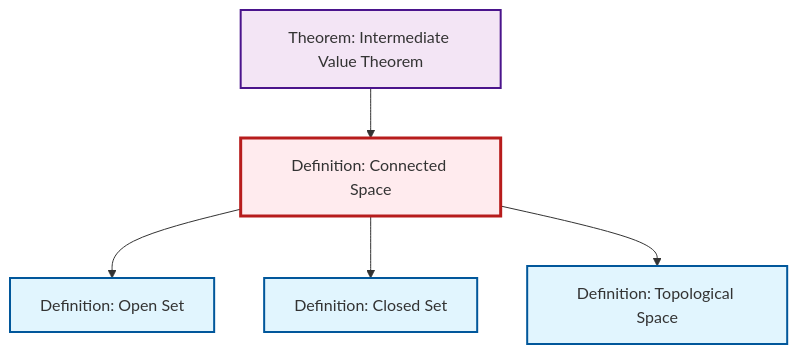
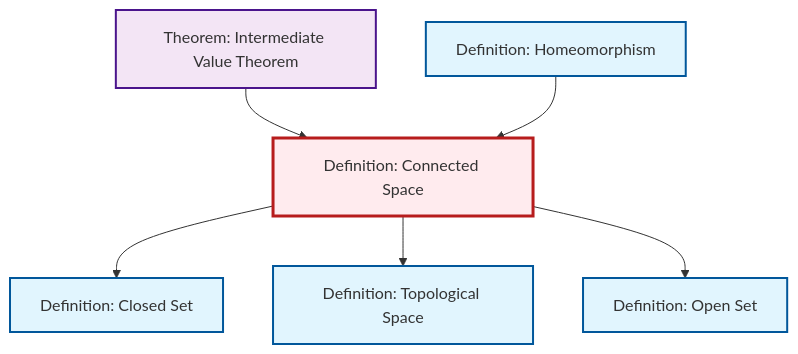
Before and after one commit to RK0429/ModernMath: the diagram in content/ja/topology/def-connected.qmd, drawn with Mermaid. The commit also changed 474 other files, not shown here.

````diff
--- a/content/ja/topology/def-connected.qmd
+++ b/content/ja/topology/def-connected.qmd
@@ -50,23 +50,26 @@
 ```{mermaid}
 %%| fig-cap: "Local dependency graph"
 graph TD
     classDef definition fill:#e1f5fe,stroke:#01579b,stroke-width:2px
     classDef theorem fill:#f3e5f5,stroke:#4a148c,stroke-width:2px
     classDef axiom fill:#fff3e0,stroke:#e65100,stroke-width:2px
     classDef example fill:#e8f5e9,stroke:#1b5e20,stroke-width:2px
     classDef current fill:#ffebee,stroke:#b71c1c,stroke-width:3px
+    def-open-set["Definition: Open Set"]:::definition
+    def-homeomorphism["Definition: Homeomorphism"]:::definition
+    def-connected["Definition: Connected Space"]:::definition
+    def-closed-set["Definition: Closed Set"]:::definition
     def-topological-space["Definition: Topological Space"]:::definition
-    def-closed-set["Definition: Closed Set"]:::definition
     thm-intermediate-value["Theorem: Intermediate Value Theorem"]:::theorem
-    def-connected["Definition: Connected Space"]:::definition
-    def-open-set["Definition: Open Set"]:::definition
-    thm-intermediate-value --> def-connected
-    def-connected --> def-open-set
     def-connected --> def-closed-set
     def-connected --> def-topological-space
+    def-connected --> def-open-set
+    thm-intermediate-value --> def-connected
+    def-homeomorphism --> def-connected
     class def-connected current
+    click def-open-set "def-open-set.html" "Definition: Open Setへ"
+    click def-homeomorphism "def-homeomorphism.html" "Definition: Homeomorphismへ"
+    click def-closed-set "def-closed-set.html" "Definition: Closed Setへ"
     click def-topological-space "def-topological-space.html" "Definition: Topological Spaceへ"
-    click def-closed-set "def-closed-set.html" "Definition: Closed Setへ"
     click thm-intermediate-value "thm-intermediate-value.html" "Theorem: Intermediate Value Theoremへ"
-    click def-open-set "def-open-set.html" "Definition: Open Setへ"
 ```
````
